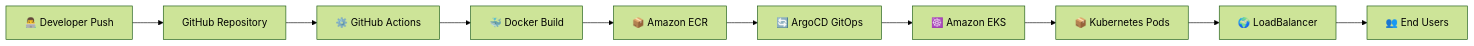
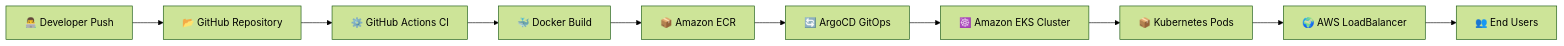
The first of 5 diagrams in README.md (zakyaakram/CloudDevOpsProject), drawn with Mermaid (forest theme) before and after one commit. The commit also changed other lines of this file, not shown here.

````diff
--- a/README.md
+++ b/README.md
@@ -53,21 +83,21 @@
 ```mermaid
 flowchart LR
 
-A[👨‍💻 Developer Push] --> B[GitHub Repository]
+A[👨‍💻 Developer Push] --> B[📂 GitHub Repository]
 
-B --> C[⚙️ GitHub Actions]
+B --> C[⚙️ GitHub Actions CI]
 
 C --> D[🐳 Docker Build]
 
 D --> E[📦 Amazon ECR]
 
 E --> F[🔄 ArgoCD GitOps]
 
-F --> G[☸️ Amazon EKS]
+F --> G[☸️ Amazon EKS Cluster]
 
 G --> H[📦 Kubernetes Pods]
 
-H --> I[🌍 LoadBalancer]
+H --> I[🌍 AWS LoadBalancer]
 
 I --> J[👥 End Users]
 ```
````
